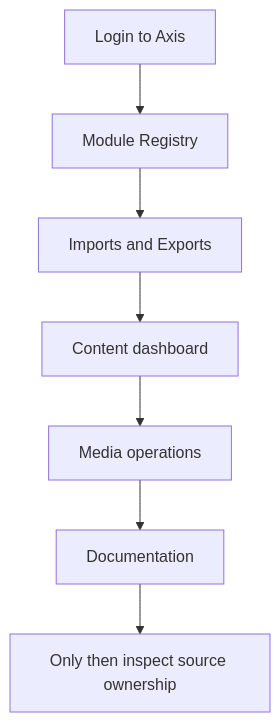
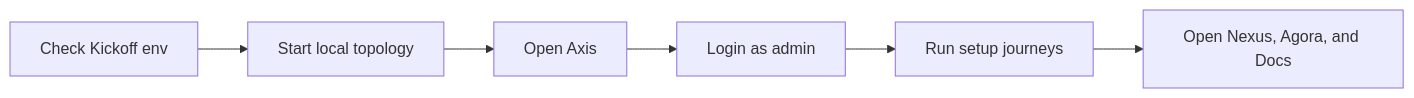
The diagram in nodics.docs/docs/pages/framework/local-quick-start.md (Nodics/nodics.ai), drawn with Mermaid before and after one commit. The commit also changed other lines of this file and 92 other files, not shown here.

Commit message:
Refactor documentation publishing and content hierarchy

````diff
--- a/nodics.docs/docs/pages/framework/local-quick-start.md
+++ b/nodics.docs/docs/pages/framework/local-quick-start.md
@@ -353,9 +10,8 @@
 ```mermaid
-flowchart TD
-  Login["Login to Axis"] --> Registry["Module Registry"]
-  Registry --> Imports["Imports and Exports"]
-  Imports --> Content["Content dashboard"]
-  Content --> Media["Media operations"]
-  Media --> Docs["Documentation"]
-  Docs --> Code["Only then inspect source ownership"]
+flowchart LR
+  Configure["Check Kickoff env"] --> Start["Start local topology"]
+  Start --> Axis["Open Axis"]
+  Axis --> Login["Login as admin"]
+  Login --> Setup["Run setup journeys"]
+  Setup --> Verify["Open Nexus, Agora, and Docs"]
 ```
````
